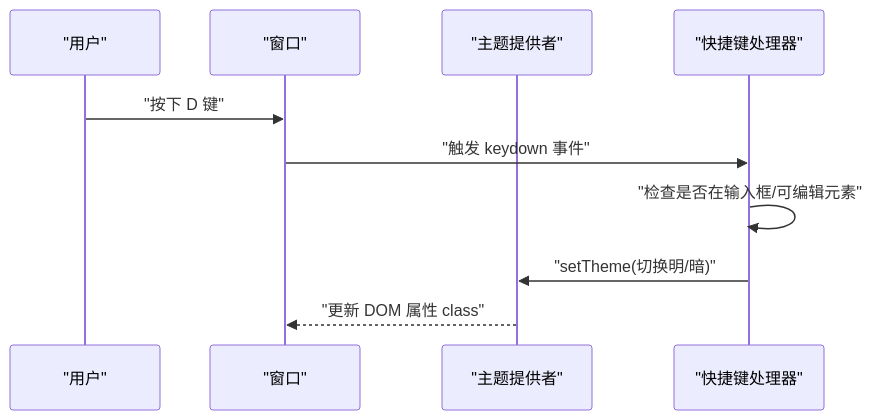
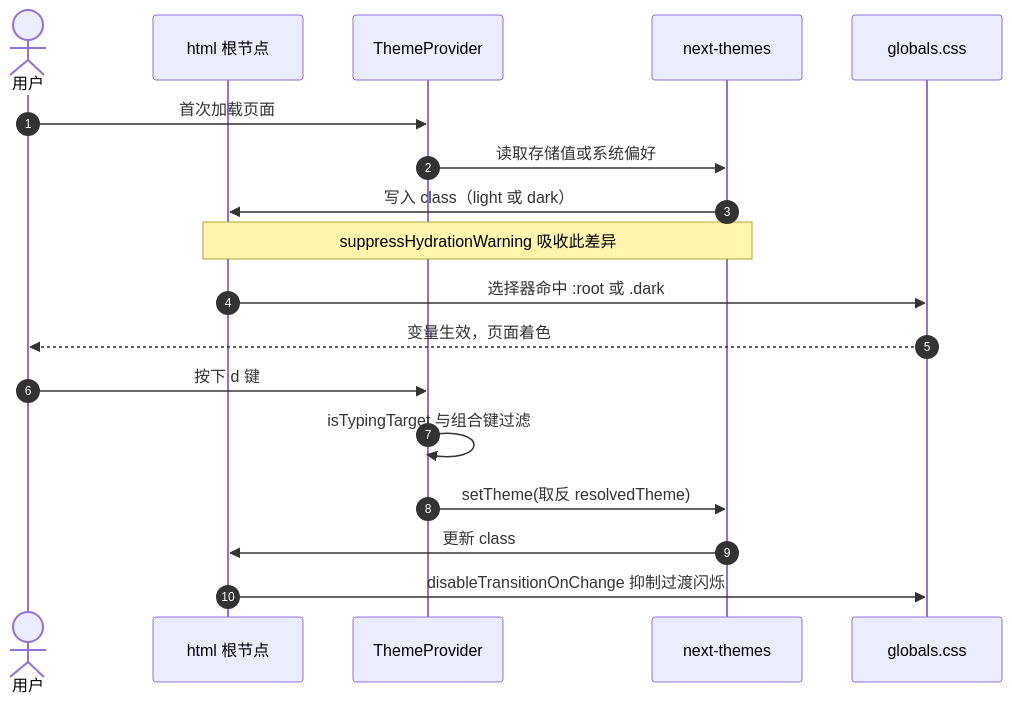
One commit to x01n/My-OpenWaf changed the third of 6 diagrams in docs/前端管理界面/Next.js 架构设计/根布局与主题系统.md. Above: the diagram before and after it, drawn with Mermaid. The commit also changed other lines of this file and 622 other files, not shown here.

````diff
--- a/docs/前端管理界面/Next.js 架构设计/根布局与主题系统.md
+++ b/docs/前端管理界面/Next.js 架构设计/根布局与主题系统.md
@@ -187,12 +244,20 @@
 ```mermaid
 sequenceDiagram
-participant U as "用户"
-participant W as "窗口"
-participant T as "主题提供者"
-participant H as "快捷键处理器"
-U->>W : "按下 D 键"
-W->>H : "触发 keydown 事件"
-H->>H : "检查是否在输入框/可编辑元素"
-H->>T : "setTheme(切换明/暗)"
-T-->>W : "更新 DOM 属性 class"
+  autonumber
+  actor U as 用户
+  participant H as html 根节点
+  participant P as ThemeProvider
+  participant NT as next-themes
+  participant CSS as globals.css
+  U->>P: 首次加载页面
+  P->>NT: 读取存储值或系统偏好
+  NT->>H: 写入 class（light 或 dark）
+  Note over H,NT: suppressHydrationWarning 吸收此差异
+  H->>CSS: 选择器命中 :root 或 .dark
+  CSS-->>U: 变量生效，页面着色
+  U->>P: 按下 d 键
+  P->>P: isTypingTarget 与组合键过滤
+  P->>NT: setTheme(取反 resolvedTheme)
+  NT->>H: 更新 class
+  H->>CSS: disableTransitionOnChange 抑制过渡闪烁
 ```
````
